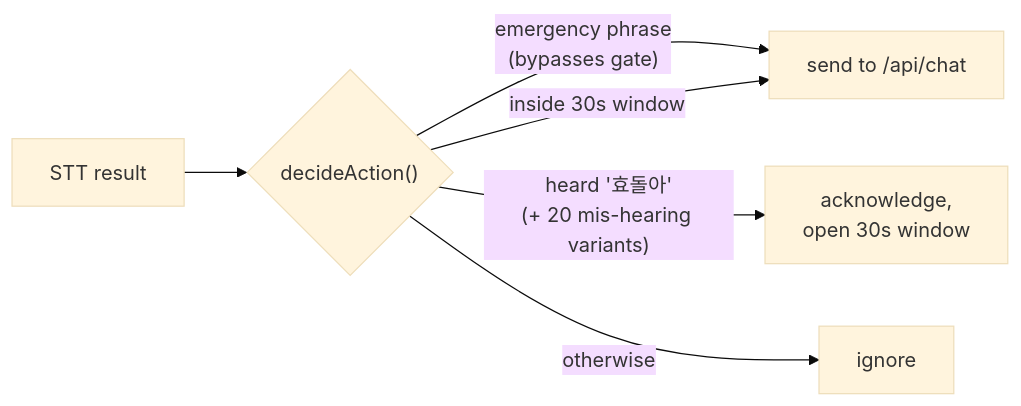
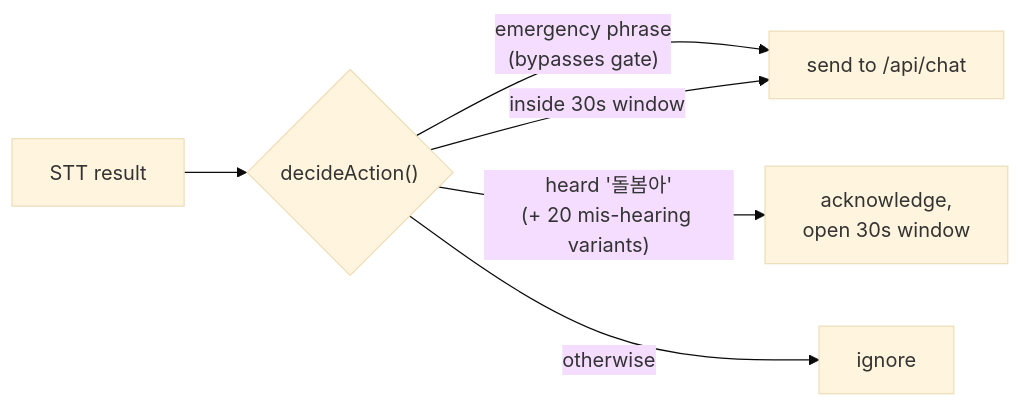
One commit to fredhj0912-hub/silver-care-robot changed the fifth of 5 diagrams in docs/architecture.md. Above: the diagram before and after it, drawn with Mermaid (base theme). The commit also changed 44 other files, not shown here.

````diff
--- a/docs/architecture.md
+++ b/docs/architecture.md
@@ -145,8 +145,8 @@
 ```mermaid
 flowchart LR
     STT["STT result"] --> Decide{"decideAction()"}
     Decide -->|"emergency phrase<br/>(bypasses gate)"| Send["send to /api/chat"]
-    Decide -->|"heard '효돌아'<br/>(+ 20 mis-hearing variants)"| Ack["acknowledge,<br/>open 30s window"]
+    Decide -->|"heard '돌봄아'<br/>(+ 20 mis-hearing variants)"| Ack["acknowledge,<br/>open 30s window"]
     Decide -->|"inside 30s window"| Send
     Decide -->|"otherwise"| Ignore["ignore"]
 ```
````
